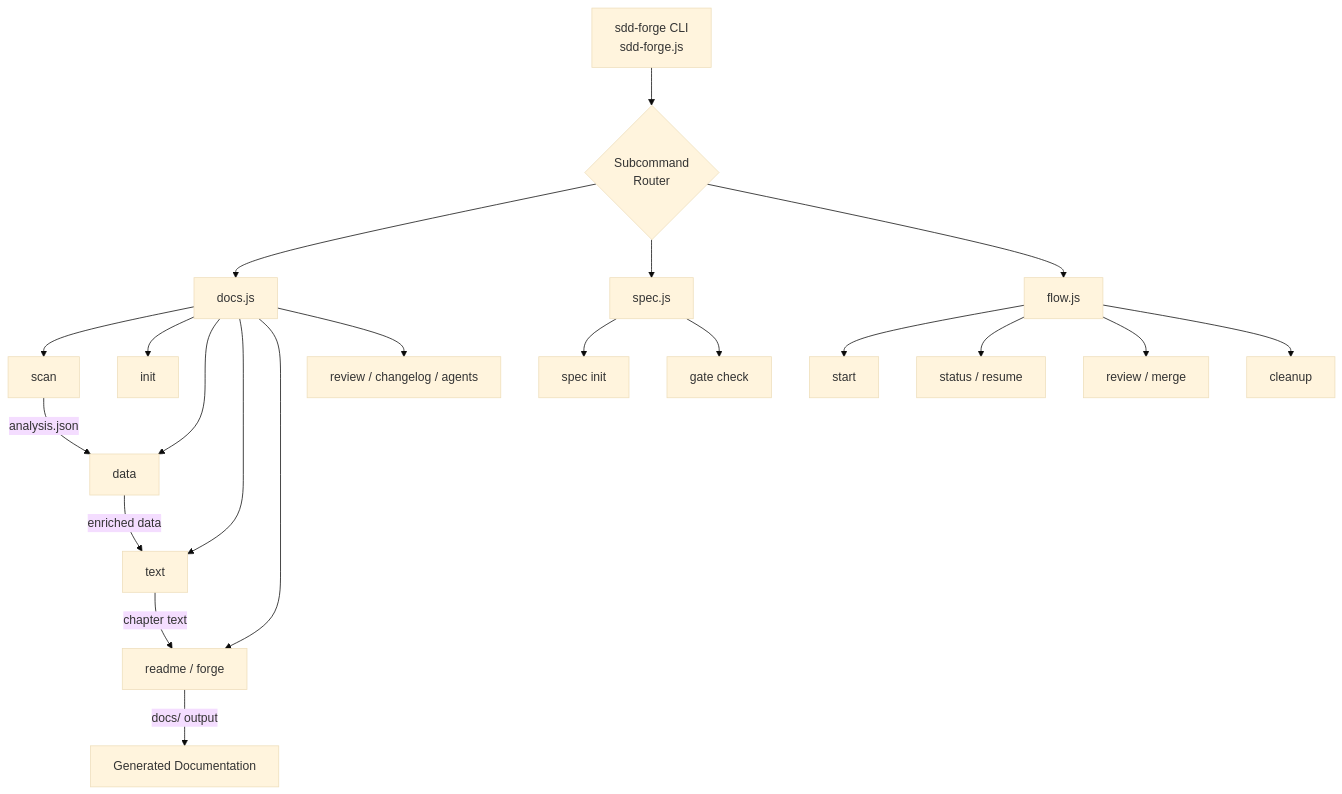
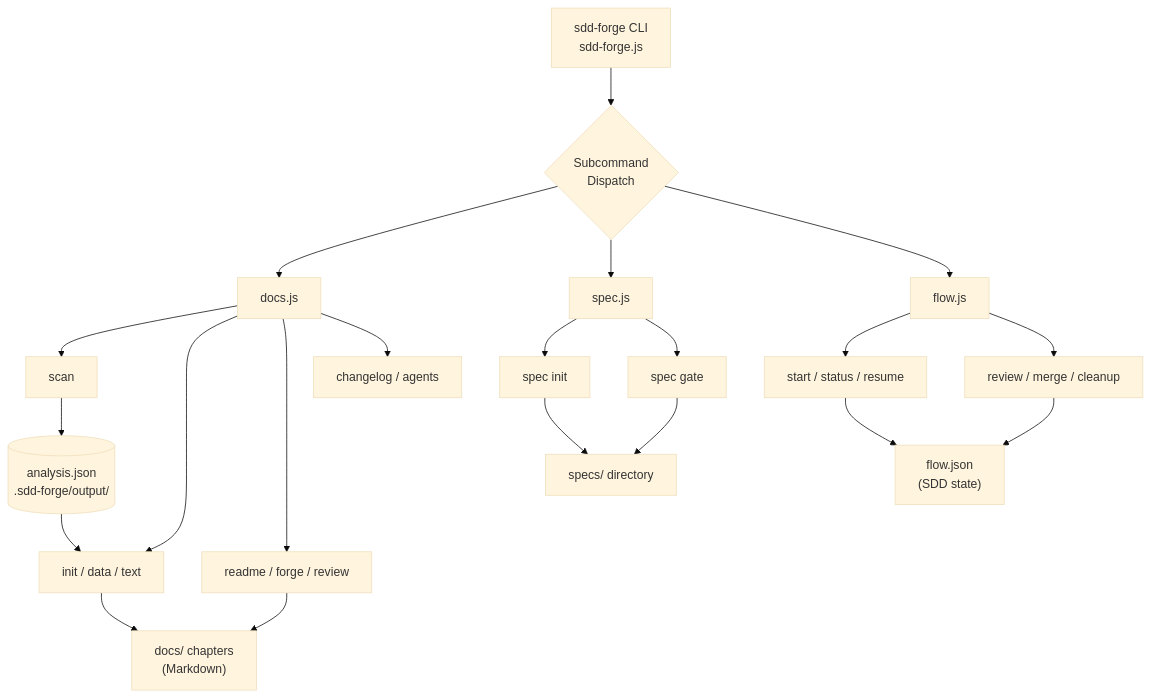
One commit to SpreadWorks/sdd-forge changed the diagram in docs/overview.md. Above: the diagram before and after it, drawn with Mermaid (base theme). The commit also changed other lines of this file and 5 other files, not shown here.

````diff
--- a/docs/overview.md
+++ b/docs/overview.md
@@ -33,28 +29,29 @@
 ```mermaid
 flowchart TD
-    CLI[sdd-forge CLI\nsdd-forge.js] --> Router{Subcommand\nRouter}
+    CLI["sdd-forge CLI\nsdd-forge.js"] --> DISPATCH{Subcommand\nDispatch}
+    DISPATCH --> DOCS[docs.js]
+    DISPATCH --> SPEC[spec.js]
+    DISPATCH --> FLOW[flow.js]
 
-    Router --> Docs[docs.js]
-    Router --> Spec[spec.js]
-    Router --> Flow[flow.js]
+    DOCS --> D1["scan"]
+    DOCS --> D2["init / data / text"]
+    DOCS --> D3["readme / forge / review"]
+    DOCS --> D4["changelog / agents"]
 
-    Docs --> D1[scan]
-    Docs --> D2[init]
-    Docs --> D3[data]
-    Docs --> D4[text]
-    Docs --> D5[readme / forge]
-    Docs --> D6[review / changelog / agents]
+    SPEC --> S1["spec init"]
+    SPEC --> S2["spec gate"]
 
-    Spec --> S1[spec init]
-    Spec --> S2[gate check]
+    FLOW --> F1["start / status / resume"]
+    FLOW --> F2["review / merge / cleanup"]
 
-    Flow --> F1[start]
-    Flow --> F2[status / resume]
-    Flow --> F3[review / merge]
-    Flow --> F4[cleanup]
+    D1 --> A[("analysis.json\n.sdd-forge/output/")]
+    A --> D2
+    D2 --> OUT1["docs/ chapters\n(Markdown)"]
+    D3 --> OUT1
 
-    D1 -->|analysis.json| D3
-    D3 -->|enriched data| D4
-    D4 -->|chapter text| D5
-    D5 -->|docs/ output| Out[Generated Documentation]
+    S1 --> OUT2["specs/ directory"]
+    S2 --> OUT2
+
+    F1 --> OUT3["flow.json\n(SDD state)"]
+    F2 --> OUT3
 ```
````
